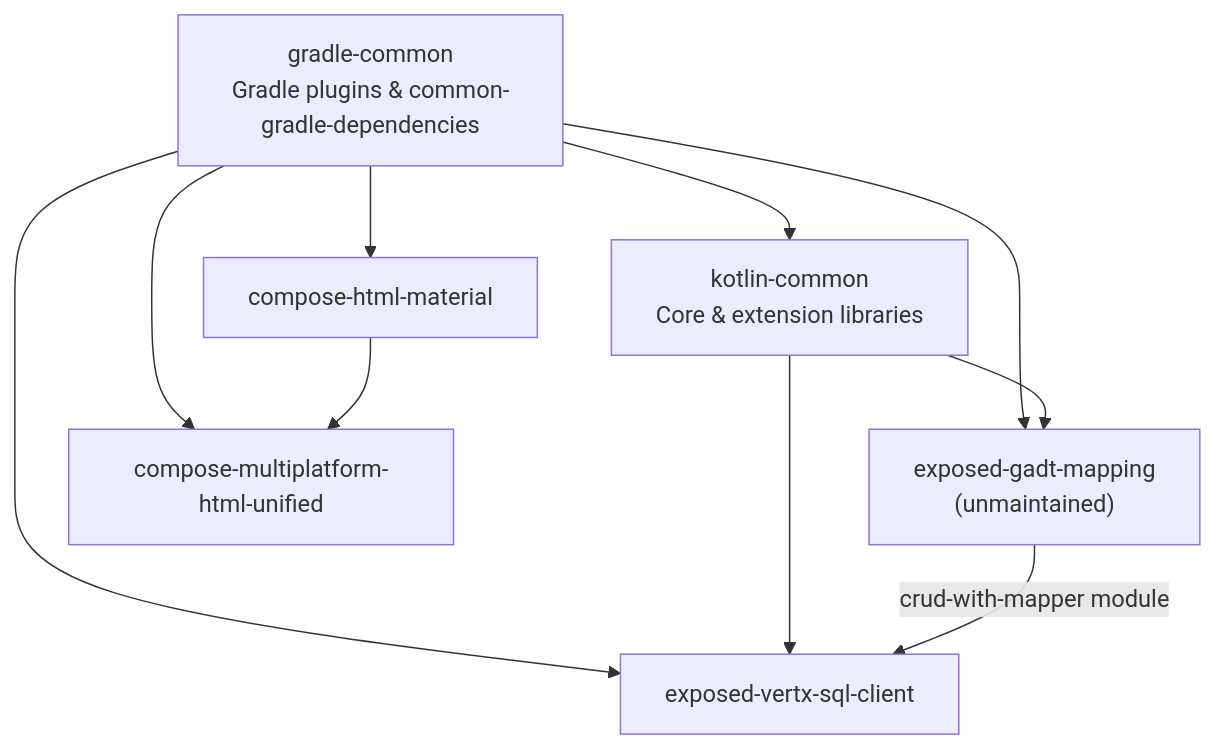
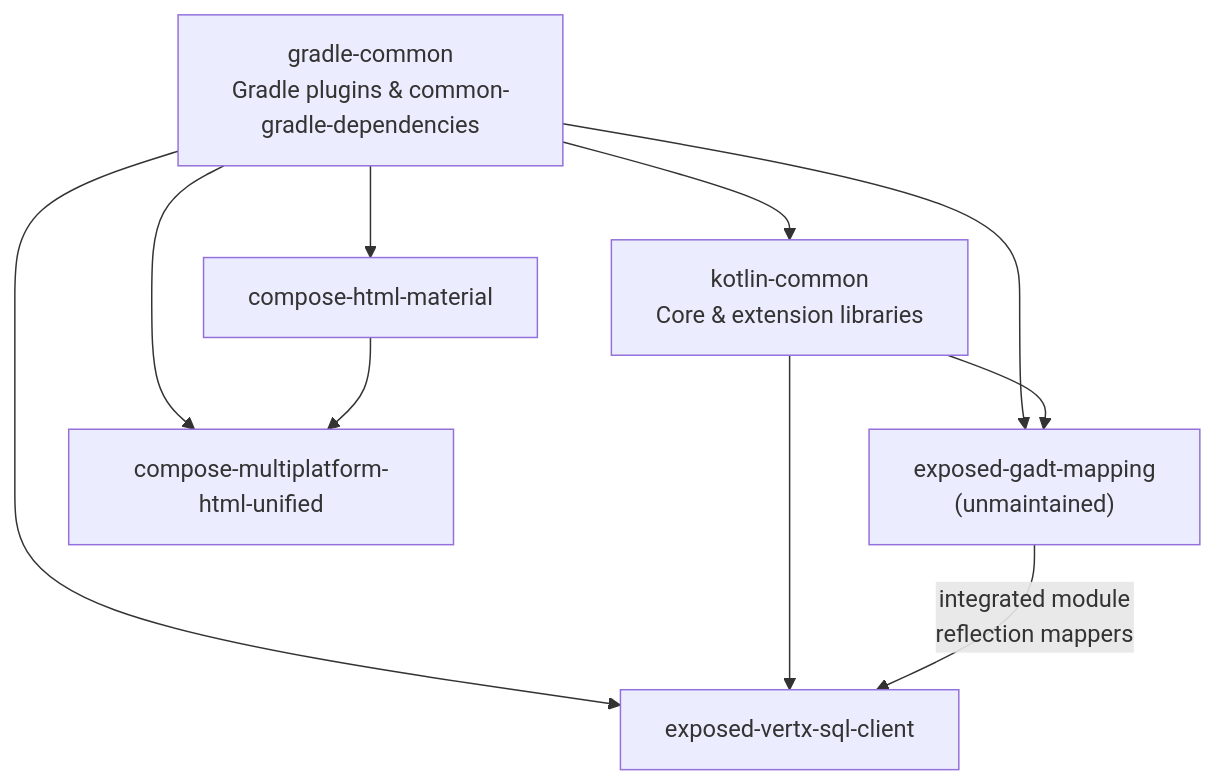
The diagram in docs/project-hierarchy.md (huanshankeji/.github), drawn with Mermaid before and after one commit. The commit also changed other lines of this file, not shown here.

Commit message:
Update the library map for the moved Exposed mapper interfaces.
crud-with-mapper no longer depends on exposed-gadt-mapping. That dependency remains only for the integrated module's reflection mappers.

````diff
--- a/docs/project-hierarchy.md
+++ b/docs/project-hierarchy.md
@@ -9,21 +9,21 @@
 ```mermaid
 flowchart TB
   gradle_common["gradle-common<br/>Gradle plugins & common-gradle-dependencies"]
   kotlin_common["kotlin-common<br/>Core & extension libraries"]
   exposed_gadt["exposed-gadt-mapping<br/>(unmaintained)"]
   compose_html["compose-html-material"]
   exposed_vertx["exposed-vertx-sql-client"]
   cmp_unified["compose-multiplatform-html-unified"]
 
   gradle_common --> kotlin_common
   gradle_common --> exposed_gadt
   gradle_common --> compose_html
   gradle_common --> exposed_vertx
   gradle_common --> cmp_unified
 
   kotlin_common --> exposed_gadt
   kotlin_common --> exposed_vertx
 
-  exposed_gadt -->|"crud-with-mapper module"| exposed_vertx
+  exposed_gadt -->|"integrated module<br/>reflection mappers"| exposed_vertx
   compose_html --> cmp_unified
 ```
````
